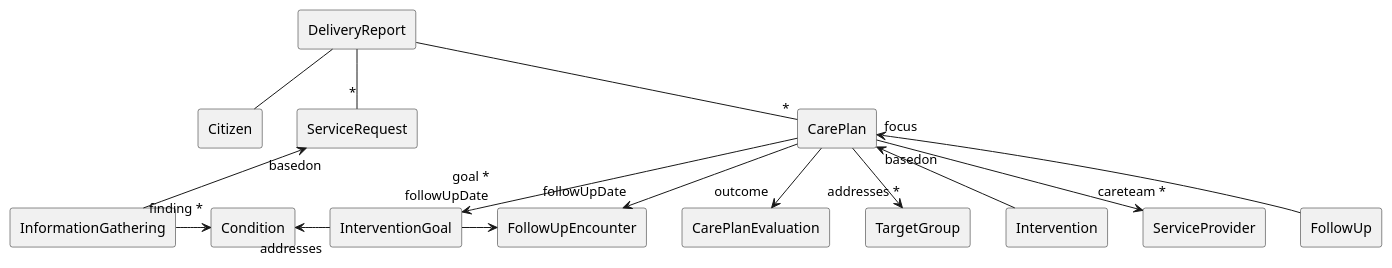
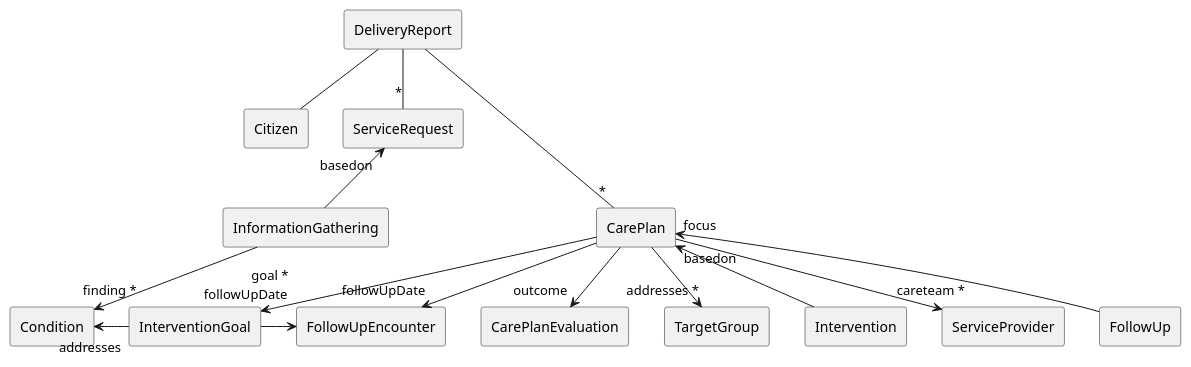
Before and after one commit to hl7dk/kl-ffb-reporting: the diagram in input/images-sources/KLReportingFFBDeliveryReport.plantuml, drawn with PlantUML. The commit also changed 6 other files, not shown here.

```diff
--- a/input/images-sources/KLReportingFFBDeliveryReport.plantuml
+++ b/input/images-sources/KLReportingFFBDeliveryReport.plantuml
@@ -1,43 +1,43 @@
 @startuml DeliveryReport
 'left to right direction
 
 rectangle "DeliveryReport" as report
 
 rectangle "Citizen" as citizen
 rectangle "ServiceRequest" as request
 
 rectangle "InformationGathering" as information
 rectangle "Condition" as condition
 
 rectangle "CarePlan" as careplan
 
 rectangle "CarePlanEvaluation" as careplanevaluation
 rectangle "InterventionGoal" as goal
 
 rectangle "TargetGroup" as targetgroup
 
 rectangle "Intervention" as intervention
 rectangle "ServiceProvider" as provider
 
 rectangle "FollowUp" as followup
 
 rectangle "FollowUpEncounter" as encounter
 
 report -- citizen
 report --"*" request
 report --"*" careplan
 
-information ->"finding *" condition
+information -->"finding *" condition
 
 request "basedon"<-- information
 careplan -->"goal *\n" goal
 careplan -->"outcome" careplanevaluation
 careplan -->"addresses *" targetgroup
 careplan "basedon"<-- intervention
 careplan -->"careteam *" provider
 careplan "focus"<-- followup
 condition "addresses"<- goal
 
 careplan -->"followUpDate" encounter
 goal ->"followUpDate" encounter
 @enduml
```
